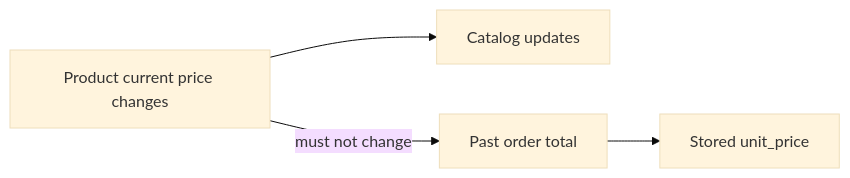
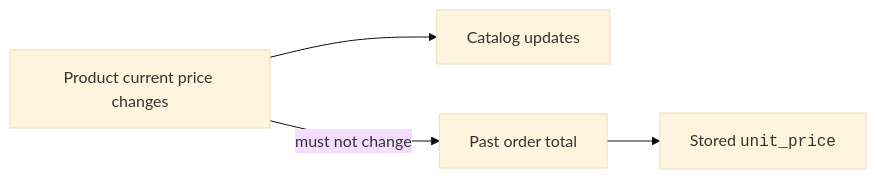
One commit to dataslope/dataslope changed the fifth of 5 diagrams in content/learn/database-design-postgresql/case-study-ecommerce.mdx. Above: the diagram before and after it, drawn with Mermaid (base theme). The commit also changed other lines of this file and 153 other files, not shown here.

First line of the commit message:
Render code-only mermaid shapes in monospace; convert step sequences to Steps

````diff
--- a/content/learn/database-design-postgresql/case-study-ecommerce.mdx
+++ b/content/learn/database-design-postgresql/case-study-ecommerce.mdx
@@ -133,6 +133,6 @@
 ```mermaid
 flowchart LR
     ProductPrice["Product current price changes"] --> Catalog["Catalog updates"]
     ProductPrice -->|must not change| PastOrder["Past order total"]
-    PastOrder --> LinePrice["Stored unit_price"]
+    PastOrder --> LinePrice["Stored <code>unit_price</code>"]
 ```
````
